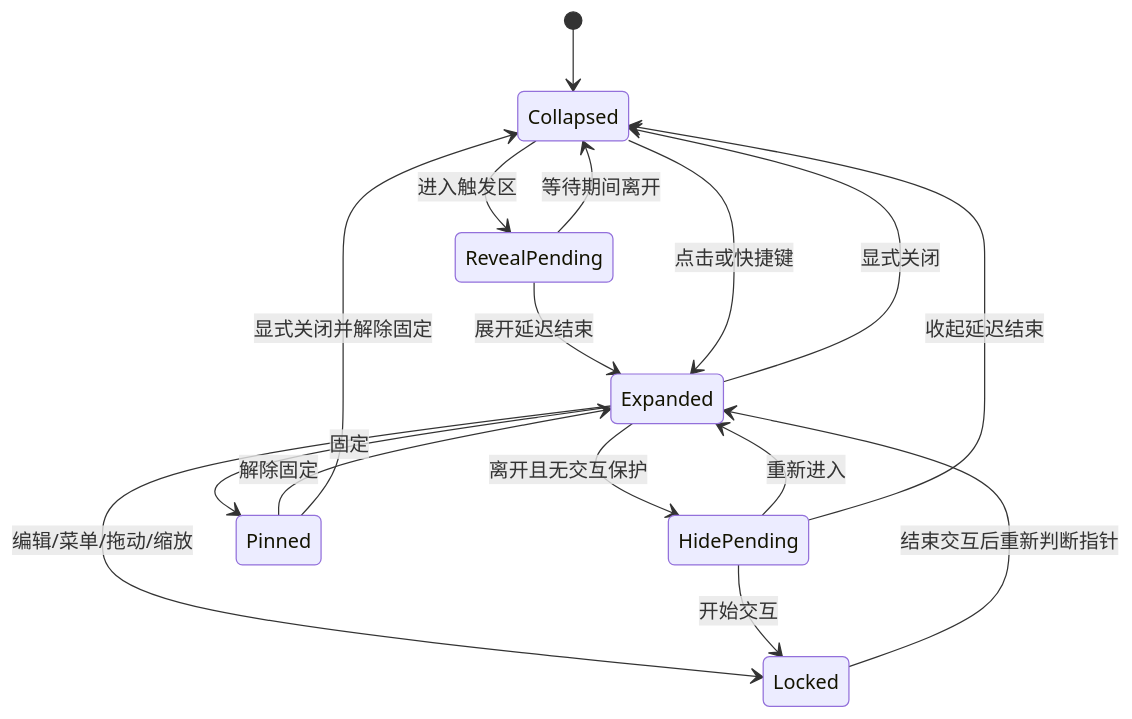
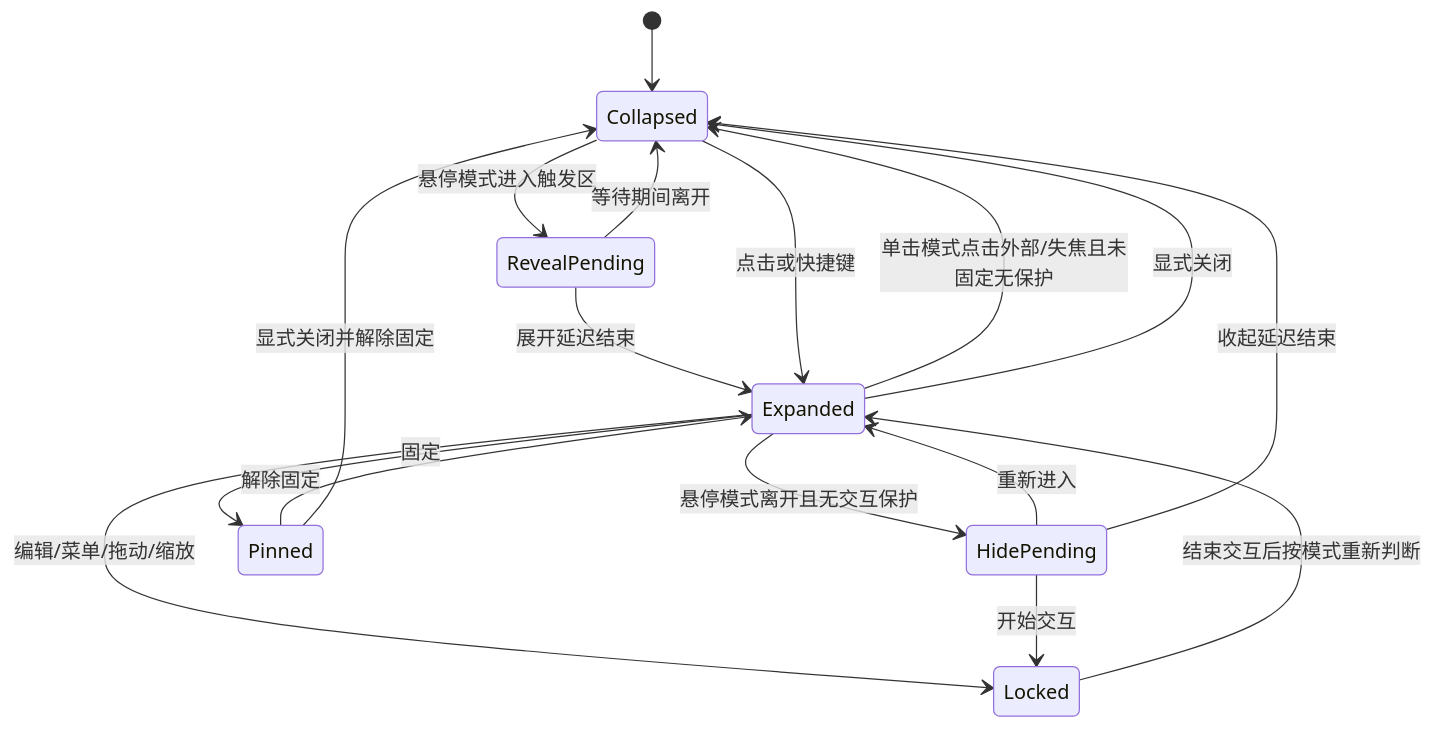
Before and after one commit to zhouchji-ops/Sidetask: the diagram in docs/product/UX.md, drawn with Mermaid. The commit also changed other lines of this file and 15 other files, not shown here.

````diff
--- a/docs/product/UX.md
+++ b/docs/product/UX.md
@@ -161,18 +161,19 @@
 ```mermaid
 stateDiagram-v2
     [*] --> Collapsed
-    Collapsed --> RevealPending: 进入触发区
+    Collapsed --> RevealPending: 悬停模式进入触发区
     RevealPending --> Collapsed: 等待期间离开
     RevealPending --> Expanded: 展开延迟结束
     Collapsed --> Expanded: 点击或快捷键
-    Expanded --> HidePending: 离开且无交互保护
+    Expanded --> HidePending: 悬停模式离开且无交互保护
+    Expanded --> Collapsed: 单击模式点击外部/失焦且未固定无保护
     HidePending --> Expanded: 重新进入
     HidePending --> Collapsed: 收起延迟结束
     Expanded --> Locked: 编辑/菜单/拖动/缩放
     HidePending --> Locked: 开始交互
-    Locked --> Expanded: 结束交互后重新判断指针
+    Locked --> Expanded: 结束交互后按模式重新判断
     Expanded --> Pinned: 固定
     Pinned --> Expanded: 解除固定
     Expanded --> Collapsed: 显式关闭
     Pinned --> Collapsed: 显式关闭并解除固定
 ```
````
